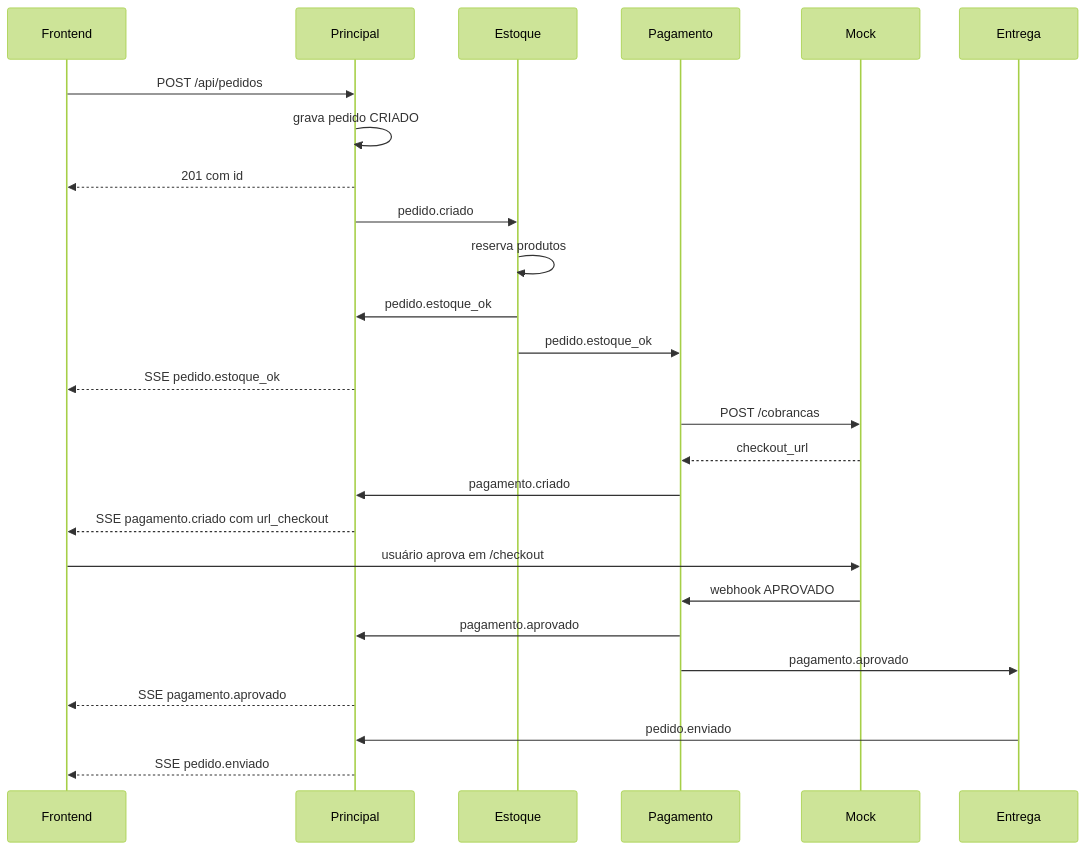
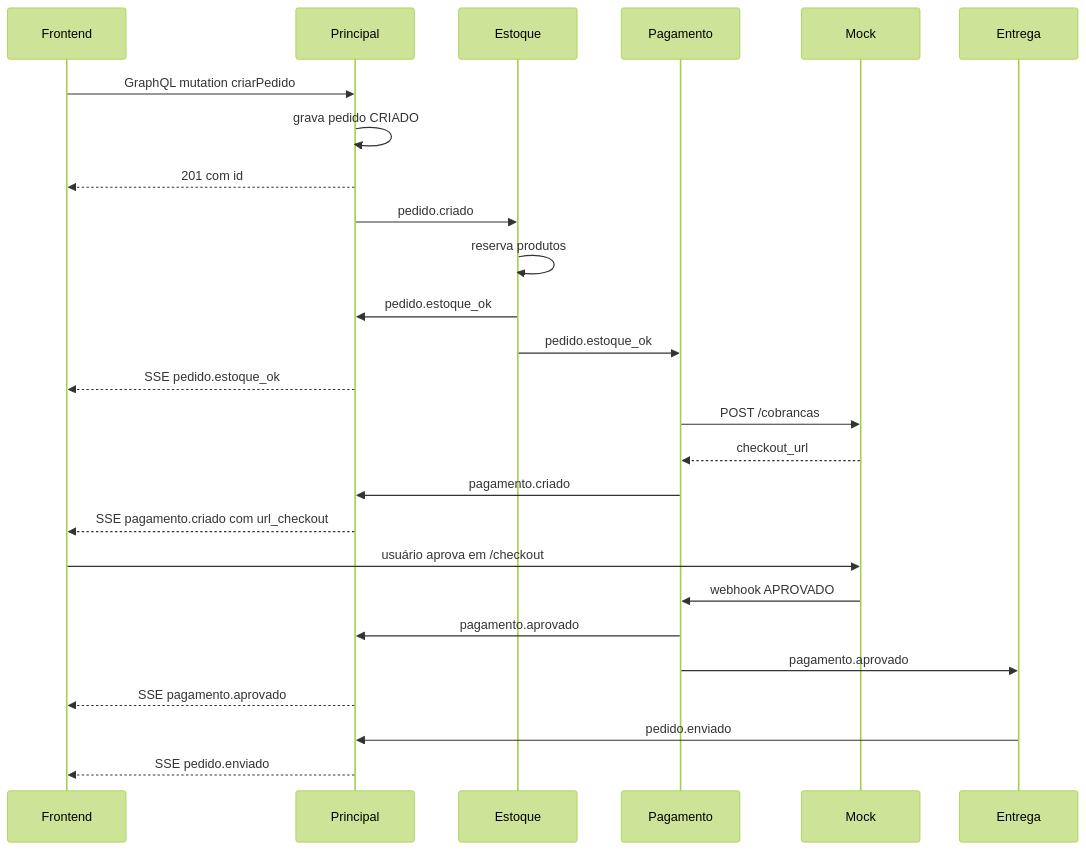
One commit to GabFMM/e-commerce-sd changed the second of 4 diagrams in docs/rabbitmq-e-eventos.md. Above: the diagram before and after it, drawn with Mermaid (forest theme). The commit also changed other lines of this file and 33 other files, not shown here.

````diff
--- a/docs/rabbitmq-e-eventos.md
+++ b/docs/rabbitmq-e-eventos.md
@@ -86,29 +86,29 @@
 ```mermaid
 sequenceDiagram
     participant FE as Frontend
     participant PR as Principal
     participant ES as Estoque
     participant PG as Pagamento
     participant MK as Mock
     participant EN as Entrega
 
-    FE->>PR: POST /api/pedidos
+    FE->>PR: GraphQL mutation criarPedido
     PR->>PR: grava pedido CRIADO
     PR-->>FE: 201 com id
     PR->>ES: pedido.criado
     ES->>ES: reserva produtos
     ES->>PR: pedido.estoque_ok
     ES->>PG: pedido.estoque_ok
     PR-->>FE: SSE pedido.estoque_ok
     PG->>MK: POST /cobrancas
     MK-->>PG: checkout_url
     PG->>PR: pagamento.criado
     PR-->>FE: SSE pagamento.criado com url_checkout
     FE->>MK: usuário aprova em /checkout
     MK->>PG: webhook APROVADO
     PG->>PR: pagamento.aprovado
     PG->>EN: pagamento.aprovado
     PR-->>FE: SSE pagamento.aprovado
     EN->>PR: pedido.enviado
     PR-->>FE: SSE pedido.enviado
 ```
````
